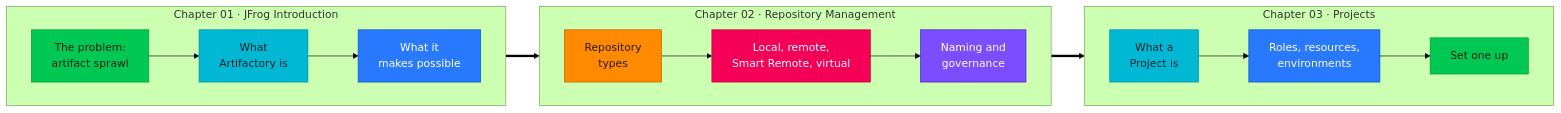
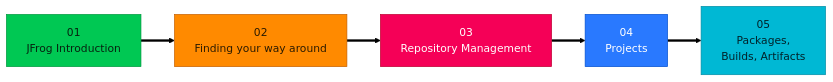
The first of 2 diagrams in README.md (bhagatabhijeet/jfrog-knowledge-bundle), drawn with Mermaid (forest theme) before and after one commit. The commit also changed other lines of this file and 6 other files, not shown here.

````diff
--- a/README.md
+++ b/README.md
@@ -215,23 +227,15 @@
 ```mermaid
 flowchart LR
-    subgraph T1["Chapter 01 · JFrog Introduction"]
-        direction LR
-        A["The problem:<br/>artifact sprawl"]:::green --> B["What<br/>Artifactory is"]:::teal --> C["What it<br/>makes possible"]:::blue
-    end
-    subgraph T2["Chapter 02 · Repository Management"]
-        direction LR
-        D["Repository<br/>types"]:::orange --> E["Local, remote,<br/>Smart Remote, virtual"]:::pink --> F["Naming and<br/>governance"]:::purple
-    end
-    subgraph T3["Chapter 03 · Projects"]
-        direction LR
-        G["What a<br/>Project is"]:::teal --> H["Roles, resources,<br/>environments"]:::blue --> I["Set one up"]:::green
-    end
-    C ==> D
-    F ==> G
+    C1["01<br/>JFrog Introduction"]:::green
+    C2["02<br/>Finding your way around"]:::orange
+    C3["03<br/>Repository Management"]:::pink
+    C4["04<br/>Projects"]:::blue
+    C5["05<br/>Packages,<br/>Builds, Artifacts"]:::teal
+    C1 ==> C2 ==> C3 ==> C4 ==> C5
     classDef green fill:#00C853,stroke:#00963F,color:#06210F
     classDef teal fill:#00B8D4,stroke:#008BA3,color:#00222A
     classDef blue fill:#2979FF,stroke:#004ECB,color:#FFFFFF
     classDef orange fill:#FF8A00,stroke:#C25E00,color:#2B1B00
     classDef pink fill:#F50057,stroke:#BB002F,color:#FFFFFF
     classDef purple fill:#7C4DFF,stroke:#3F1DCB,color:#FFFFFF
 ```
````
